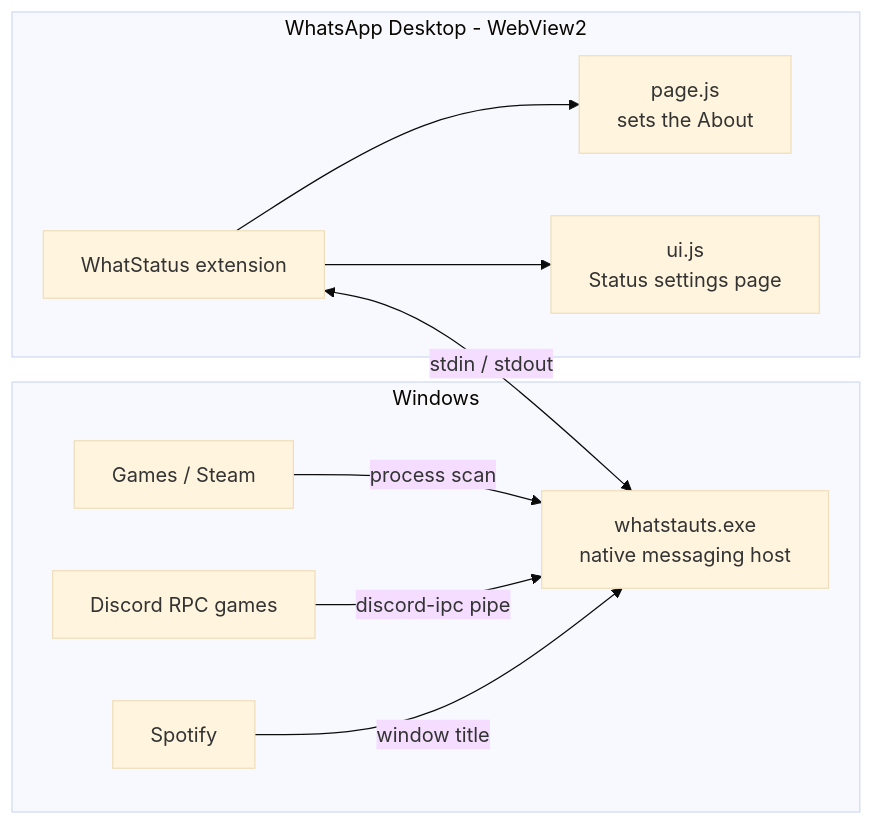
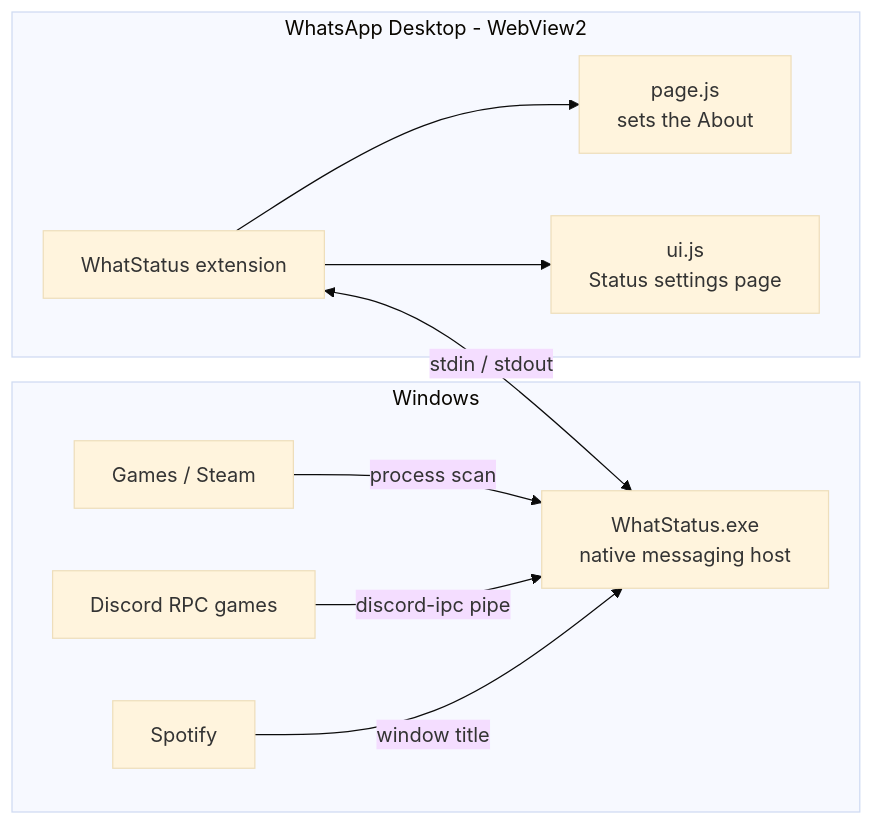
The diagram in README.md (mindcrafter129/WhatStatus), drawn with Mermaid (base theme) before and after one commit. The commit also changed other lines of this file and 16 other files, not shown here.

First line of the commit message:
WhatStatus 1.1.0

````diff
--- a/README.md
+++ b/README.md
@@ -58,14 +60,14 @@
 ```mermaid
 flowchart LR
     subgraph Windows
         G[Games / Steam] -->|process scan| H
         D[Discord RPC games] -->|discord-ipc pipe| H
         S[Spotify] -->|window title| H
-        H[whatstauts.exe<br/>native messaging host]
+        H[WhatStatus.exe<br/>native messaging host]
     end
     subgraph WhatsApp Desktop - WebView2
         E[WhatStatus extension] <-->|stdin / stdout| H
         E --> P[page.js<br/>sets the About]
         E --> U[ui.js<br/>Status settings page]
     end
 ```
````
